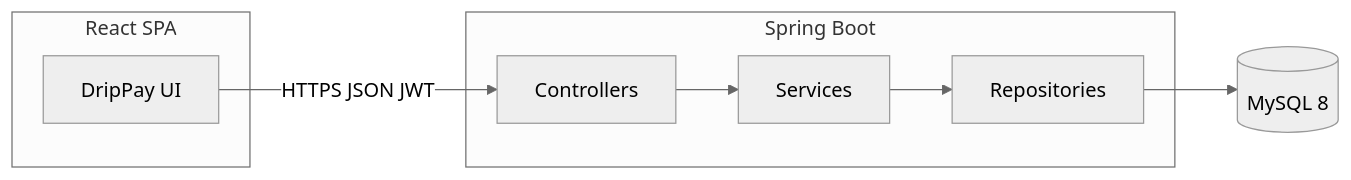
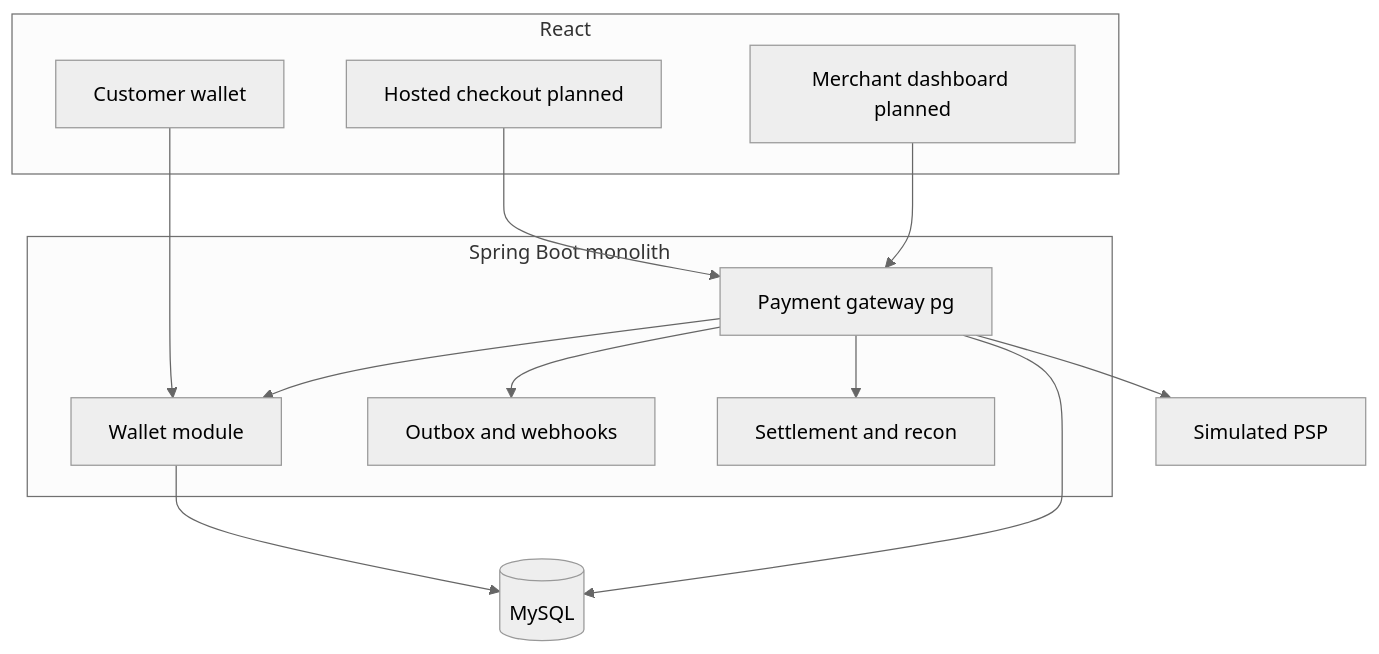
The first of 2 diagrams in README.md (kanika2005/DripPay), drawn with Mermaid (neutral theme) before and after one commit. The commit also changed other lines of this file and 29 other files, not shown here.

First line of the commit message:
Add scan-to-pay, dashboard payees, PG architecture docs, and nav polish.

````diff
--- a/README.md
+++ b/README.md
@@ -13,13 +15,26 @@
 ```mermaid
-flowchart LR
-  subgraph client [React SPA]
-    UI[DripPay UI]
+flowchart TB
+  subgraph fe [React]
+    Wallet[Customer wallet]
+    Checkout[Hosted checkout planned]
+    MerchDash[Merchant dashboard planned]
   end
-  subgraph api [Spring Boot]
-    C[Controllers]
-    S[Services]
-    R[Repositories]
+  subgraph be [Spring Boot monolith]
+    WAL[Wallet module]
+    PG[Payment gateway pg]
+    EVT[Outbox and webhooks]
+    FIN[Settlement and recon]
   end
-  DB[(MySQL 8)]
-  UI -->|HTTPS JSON JWT| C --> S --> R --> DB
+  DB[(MySQL)]
+  PSP[Simulated PSP]
+
+  Wallet --> WAL
+  Checkout --> PG
+  MerchDash --> PG
+  PG --> PSP
+  PG --> WAL
+  PG --> EVT
+  PG --> FIN
+  WAL --> DB
+  PG --> DB
 ```
````
